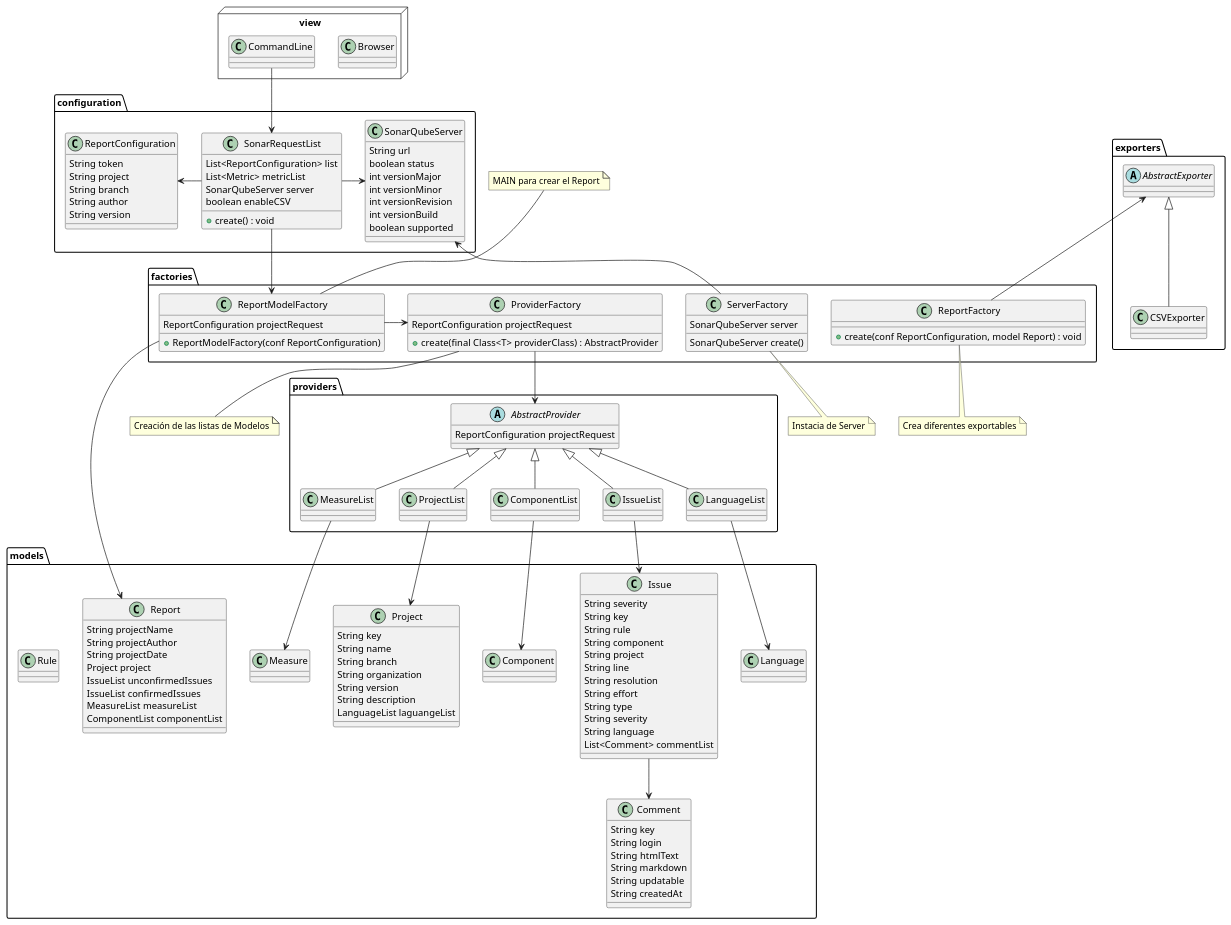
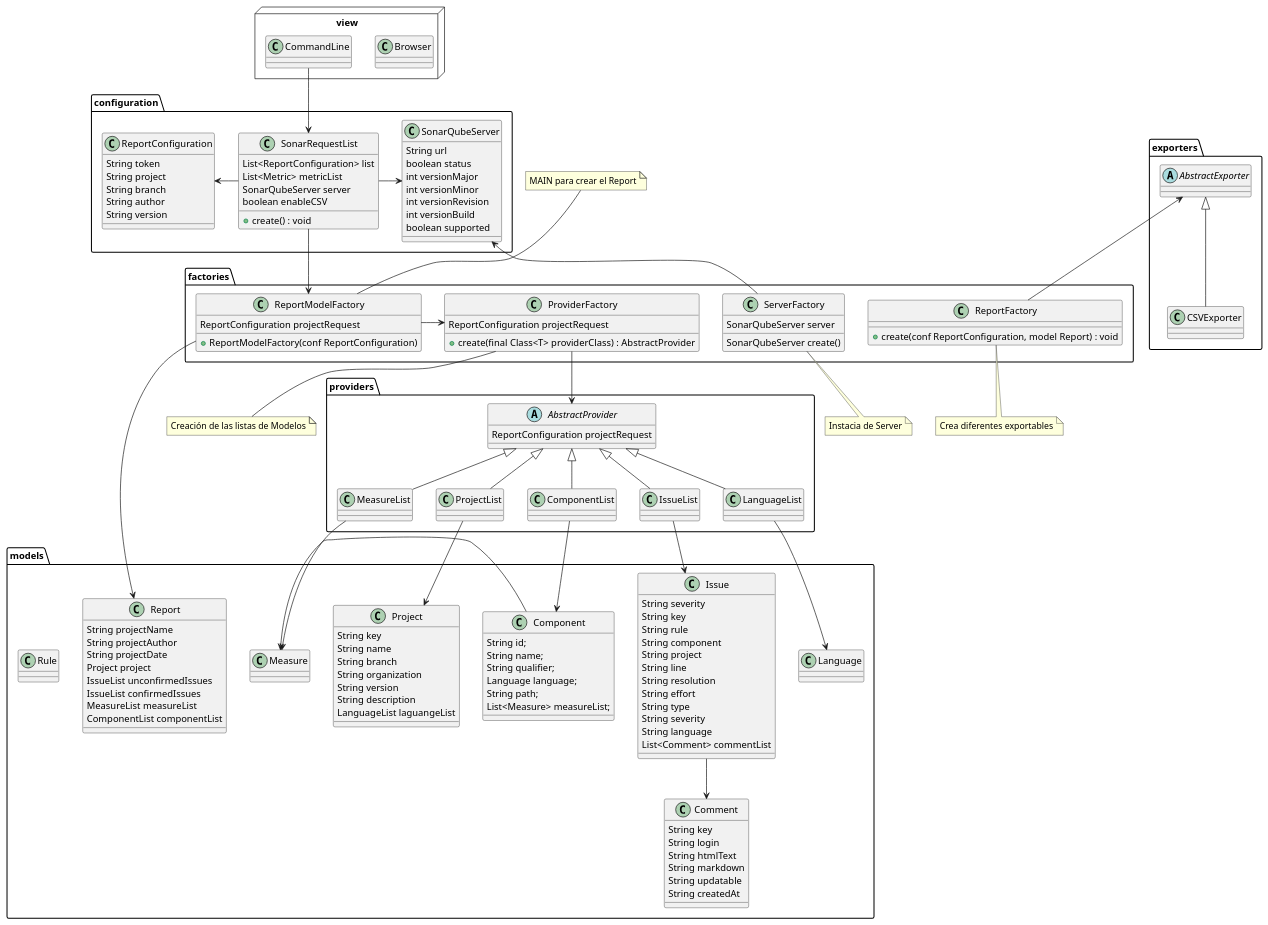
One commit to iakigarci/SonarReport changed the diagram in uml/diagrama_de_clases.plantuml. Above: the diagram before and after it, drawn with PlantUML. The commit also changed 12 other files, not shown here.

```diff
--- a/uml/diagrama_de_clases.plantuml
+++ b/uml/diagrama_de_clases.plantuml
@@ -70,8 +70,14 @@
     }
 
     class Component {
+        String id;
+        String name;
+        String qualifier;
+        Language language;
+        String path;
+        List<Measure> measureList;
+    }
 
-    }
 
     class Issue {
          String severity
@@ -173,6 +179,7 @@
 MeasureList -down-> Measure
 ProjectList -down-> Project
 Issue -down-> Comment
+Component -right-> Measure
 
 ReportModelFactory -> Report
 ProviderFactory -down-> AbstractProvider
```
